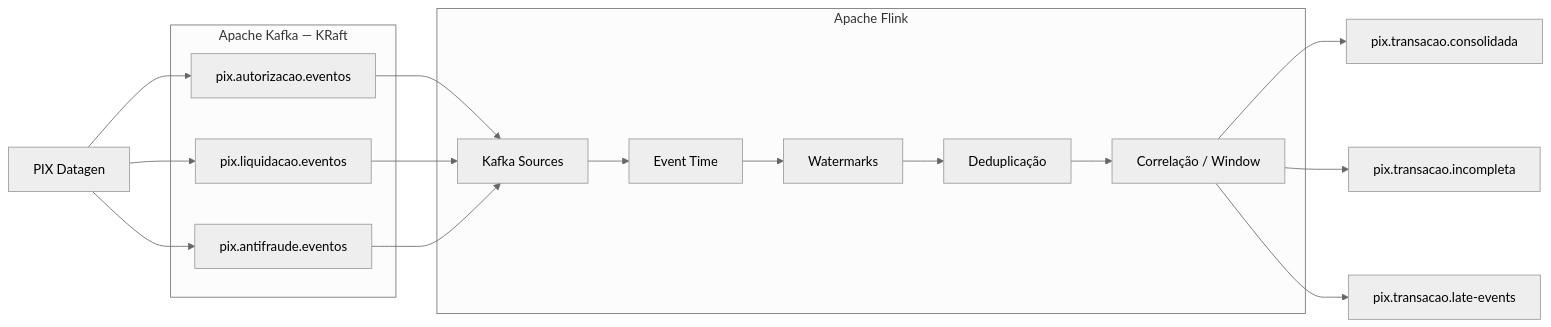
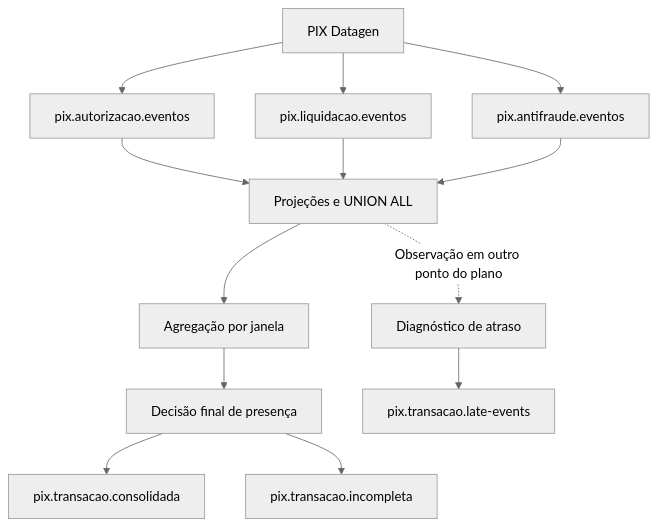
Before and after one commit to murilohenzo/kafka-flink-lab: the first of 8 diagrams in README.md, drawn with Mermaid (neutral theme). The commit also changed other lines of this file and 7 other files, not shown here.

````diff
--- a/README.md
+++ b/README.md
@@ -32,39 +113,15 @@
 ```mermaid
-flowchart LR
-    DG["PIX Datagen"]
-
-    subgraph Kafka["Apache Kafka — KRaft"]
-        AUTH["pix.autorizacao.eventos"]
-        LIQ["pix.liquidacao.eventos"]
-        FRAUD["pix.antifraude.eventos"]
-    end
-
-    subgraph Flink["Apache Flink"]
-        SRC["Kafka Sources"]
-        ET["Event Time"]
-        WM["Watermarks"]
-        DEDUP["Deduplicação"]
-        CORR["Correlação / Window"]
-    end
-
-    CONS["pix.transacao.consolidada"]
-    INC["pix.transacao.incompleta"]
-    LATE["pix.transacao.late-events"]
-
-    DG --> AUTH
-    DG --> LIQ
-    DG --> FRAUD
-
-    AUTH --> SRC
-    LIQ --> SRC
-    FRAUD --> SRC
-
-    SRC --> ET
-    ET --> WM
-    WM --> DEDUP
-    DEDUP --> CORR
-
-    CORR --> CONS
-    CORR --> INC
-    CORR --> LATE
+flowchart TD
+    DG["PIX Datagen"] --> A["pix.autorizacao.eventos"]
+    DG --> L["pix.liquidacao.eventos"]
+    DG --> F["pix.antifraude.eventos"]
+    A --> N["Projeções e UNION ALL"]
+    L --> N
+    F --> N
+    N --> W["Agregação por janela"]
+    W --> D["Decisão final de presença"]
+    D --> C["pix.transacao.consolidada"]
+    D --> I["pix.transacao.incompleta"]
+    N -. "Observação em outro ponto do plano" .-> O["Diagnóstico de atraso"]
+    O --> T["pix.transacao.late-events"]
 ```
````
